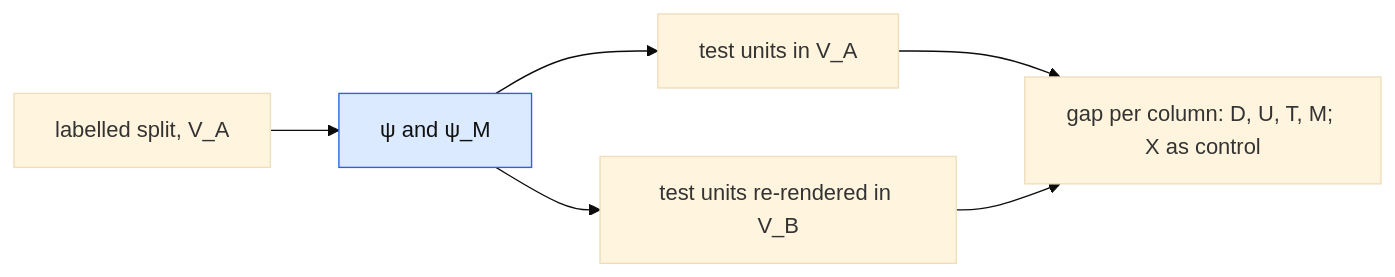
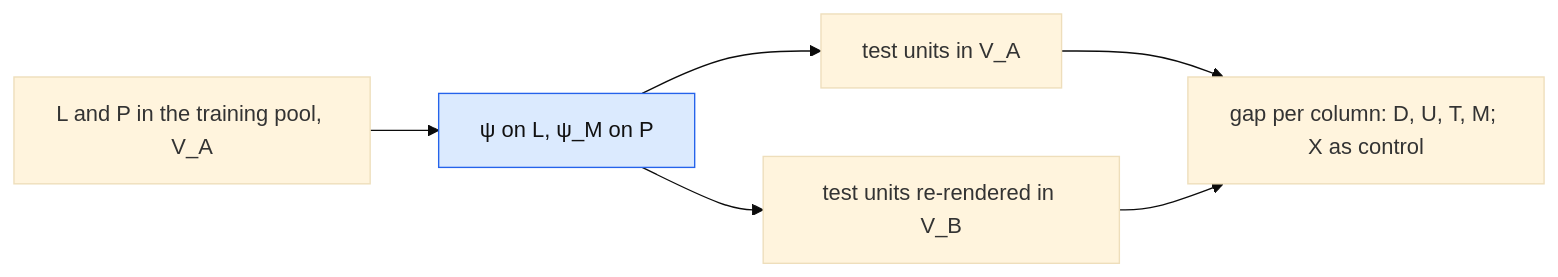
One commit to kestelnadomu/latent_intervention changed the diagram in docs/experiments/reader_benchmark.md. Above: the diagram before and after it, drawn with Mermaid (base theme). The commit also changed other lines of this file and 9 other files, not shown here.

````diff
--- a/docs/experiments/reader_benchmark.md
+++ b/docs/experiments/reader_benchmark.md
@@ -65,10 +58,10 @@
 ```mermaid
 flowchart LR
-  fa["labelled split, V_A"] --> psi["ψ and ψ_M"]
+  fa["L and P in the training pool, V_A"] --> psi["ψ on L, ψ_M on P"]
   psi --> ta["test units in V_A"]
   psi --> tb["test units re-rendered in V_B"]
   ta --> gap["gap per column: D, U, T, M; X as control"]
   tb --> gap
   classDef learned fill:#dbeafe,stroke:#2563eb,color:#111
   class psi learned
 ```
````
